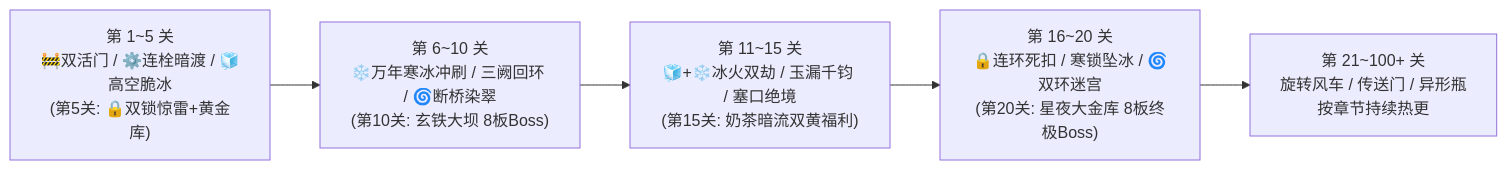
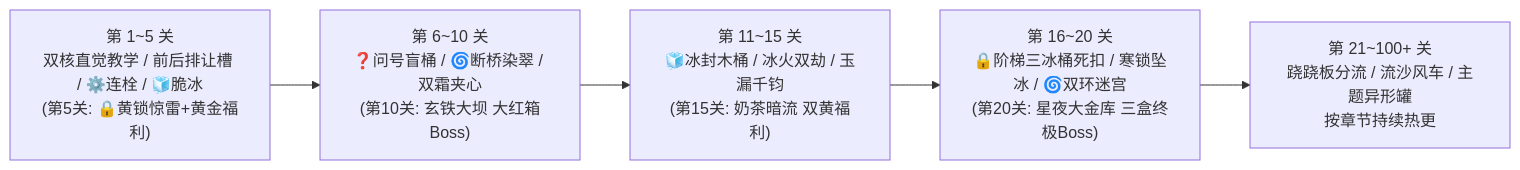
The diagram in docs/关卡设计文档_沙里淘大红.md (948049716/sha-li-tao-da-hong), drawn with Mermaid before and after one commit. The commit also changed other lines of this file and 52 other files, not shown here.

````diff
--- a/docs/关卡设计文档_沙里淘大红.md
+++ b/docs/关卡设计文档_沙里淘大红.md
@@ -10,7 +10,7 @@
 ```mermaid
 flowchart LR
-    S1["第 1~5 关\n🚧双活门 / ⚙️连栓暗渡 / 🧊高空脆冰\n(第5关: 🔒双锁惊雷+黄金库)"] --> S2["第 6~10 关\n❄️万年寒冰冲刷 / 三阙回环 / 🌀断桥染翠\n(第10关: 玄铁大坝 8板Boss)"]
-    S2 --> S3["第 11~15 关\n🧊+❄️冰火双劫 / 玉漏千钧 / 塞口绝境\n(第15关: 奶茶暗流双黄福利)"]
-    S3 --> S4["第 16~20 关\n🔒连环死扣 / 寒锁坠冰 / 🌀双环迷宫\n(第20关: 星夜大金库 8板终极Boss)"]
-    S4 --> S5["第 21~100+ 关\n旋转风车 / 传送门 / 异形瓶\n按章节持续热更"]
+    S1["第 1~5 关\n双核直觉教学 / 前后排让槽 / ⚙️连栓 / 🧊脆冰\n(第5关: 🔒黄锁惊雷+黄金福利)"] --> S2["第 6~10 关\n❓问号盲桶 / 🌀断桥染翠 / 双霜夹心\n(第10关: 玄铁大坝 大红箱Boss)"]
+    S2 --> S3["第 11~15 关\n🧊冰封木桶 / 冰火双劫 / 玉漏千钧\n(第15关: 奶茶暗流 双黄福利)"]
+    S3 --> S4["第 16~20 关\n🔒阶梯三冰桶死扣 / 寒锁坠冰 / 🌀双环迷宫\n(第20关: 星夜大金库 三盒终极Boss)"]
+    S4 --> S5["第 21~100+ 关\n跷跷板分流 / 流沙风车 / 主题异形罐\n按章节持续热更"]
 ```
````
